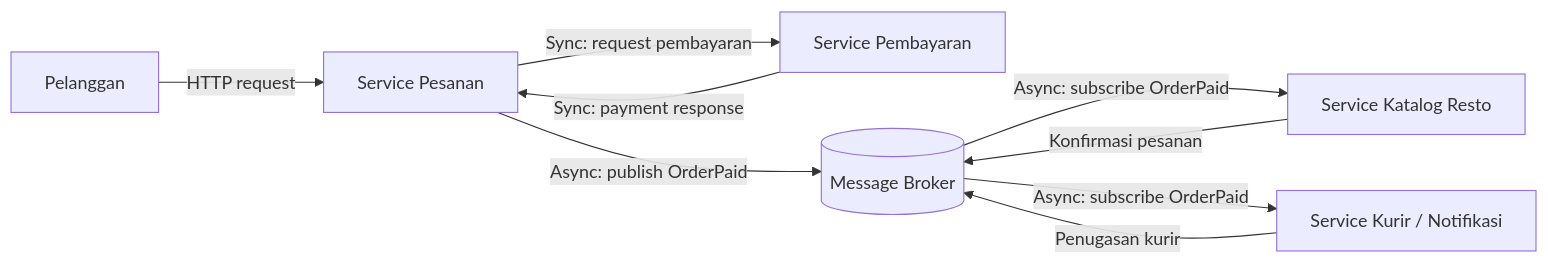
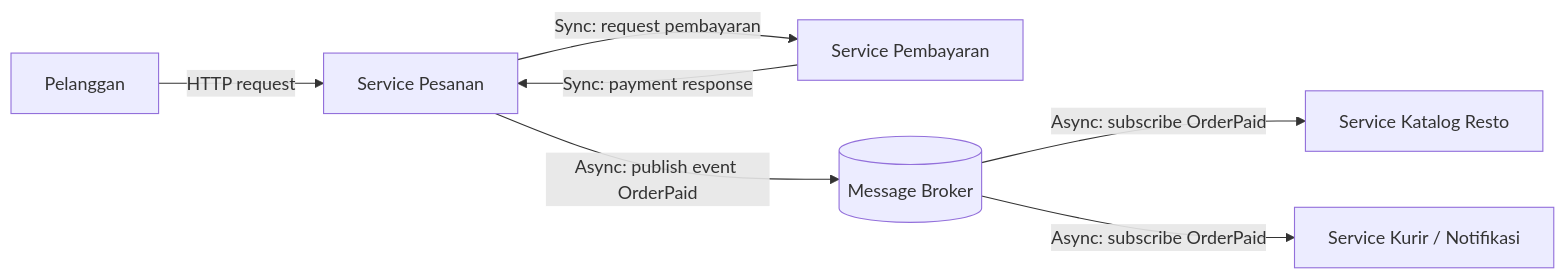
One commit to Ardianh09/komputasi-awan-dan-terdistribusi changed the diagram in tugas-02-perancangan-arsitektur/README.md. Above: the diagram before and after it, drawn with Mermaid. The commit also changed other lines of this file, not shown here.

````diff
--- a/tugas-02-perancangan-arsitektur/README.md
+++ b/tugas-02-perancangan-arsitektur/README.md
@@ -68,15 +68,12 @@
 ```mermaid
 graph LR
   Client[Pelanggan] -->|HTTP request| OrderSvc[Service Pesanan]
 
   OrderSvc -->|Sync: request pembayaran| PaymentSvc[Service Pembayaran]
   PaymentSvc -->|Sync: payment response| OrderSvc
 
-  OrderSvc -->|Async: publish OrderPaid| Broker[(Message Broker)]
+  OrderSvc -->|Async: publish event OrderPaid| Broker[(Message Broker)]
 
   Broker -->|Async: subscribe OrderPaid| RestoSvc[Service Katalog Resto]
-  Broker -->|Async: subscribe OrderPaid| CourierSvc[Service Kurir / Notifikasi]
-
-  RestoSvc -->|Konfirmasi pesanan| Broker
-  CourierSvc -->|Penugasan kurir| Broker
+  Broker -->|Async: subscribe OrderPaid| NotifSvc[Service Kurir / Notifikasi]
   ```
````
